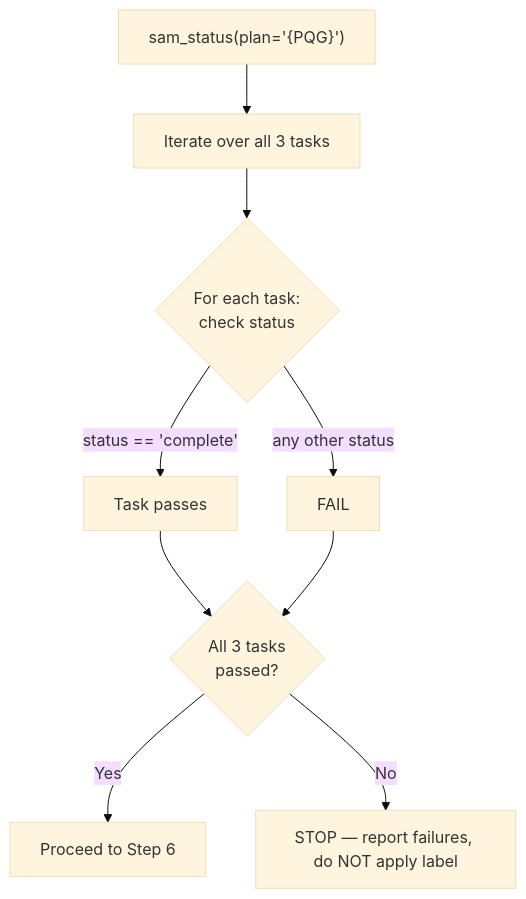
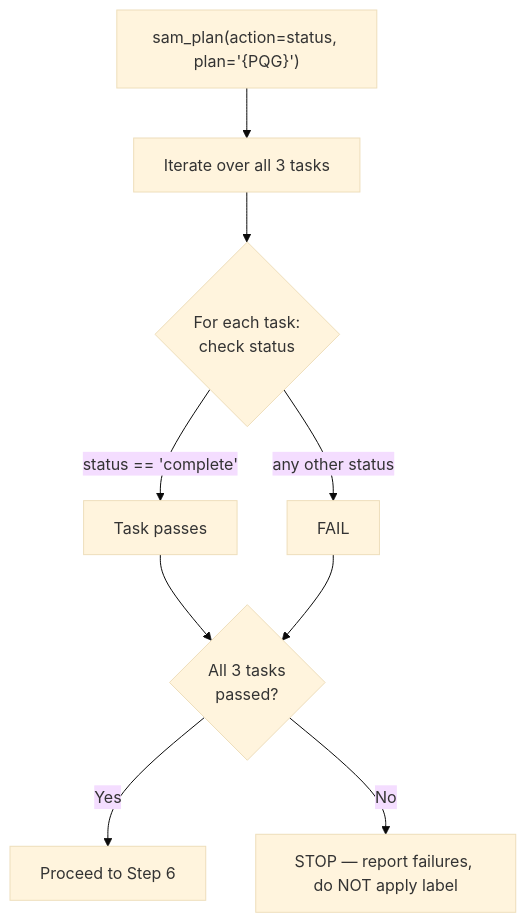
Before and after one commit to chgreer1070/claude_skills: the fourth of 10 diagrams in plugins/development-harness/skills/complete-implementation/SKILL.md, drawn with Mermaid (base theme). The commit also changed other lines of this file and 28 other files, not shown here.

First line of the commit message:
refactor(dh): remove 8 deprecated SAM tools and update all references (#1665)

````diff
--- a/plugins/development-harness/skills/complete-implementation/SKILL.md
+++ b/plugins/development-harness/skills/complete-implementation/SKILL.md
@@ -191,11 +191,11 @@
 ```mermaid
 flowchart TD
-    Status["sam_status(plan='{PQG}')"] --> Iter["Iterate over all 3 tasks"]
+    Status["sam_plan(action=status, plan='{PQG}')"] --> Iter["Iterate over all 3 tasks"]
     Iter --> Check{For each task:<br>check status}
     Check -->|"status == 'complete'"| PassTask["Task passes"]
     Check -->|"any other status"| FailTask["FAIL"]
     PassTask --> AllPassed{All 3 tasks<br>passed?}
     AllPassed -->|Yes| Proceed["Proceed to Step 6"]
     AllPassed -->|No| Stop["STOP — report failures, do NOT apply label"]
     FailTask --> AllPassed
 ```
````
